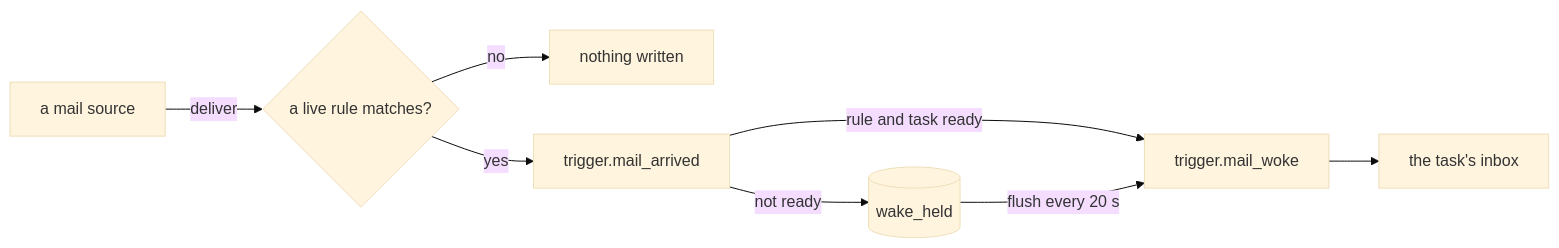
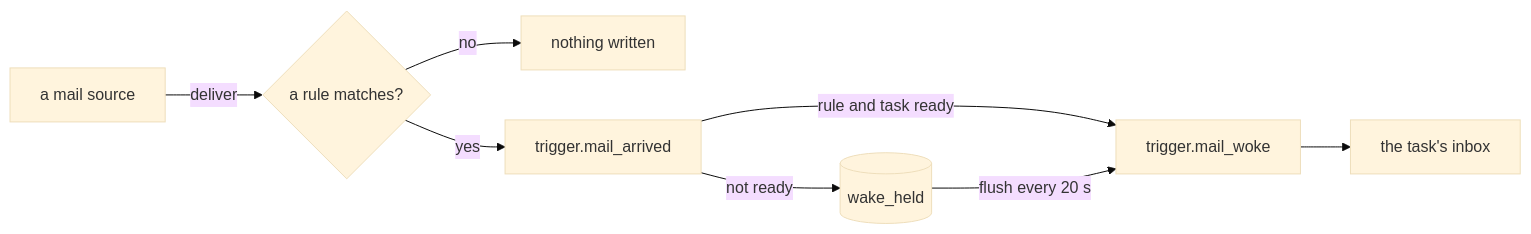
The diagram in docs/design/queue/mail/wake-rules.md (zgeoff/nixie), drawn with Mermaid (base theme) before and after one commit. The commit also changed other lines of this file and 1 other file, not shown here.

Commit message:
docs(design): answer the mail design's second cold reads

````diff
--- a/docs/design/queue/mail/wake-rules.md
+++ b/docs/design/queue/mail/wake-rules.md
@@ -15,10 +15,10 @@
 ```mermaid
 flowchart LR
-  src[a mail source] -->|"deliver"| match{a live rule matches?}
+  src[a mail source] -->|"deliver"| match{a rule matches?}
   match -->|"no"| none[nothing written]
   match -->|"yes"| arrived[trigger.mail_arrived]
   arrived -->|"rule and task ready"| woke[trigger.mail_woke]
   arrived -->|"not ready"| held[(wake_held)]
   held -->|"flush every 20 s"| woke
   woke --> inbox[the task's inbox]
 ```
````
